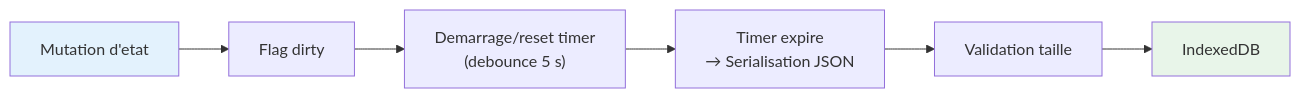
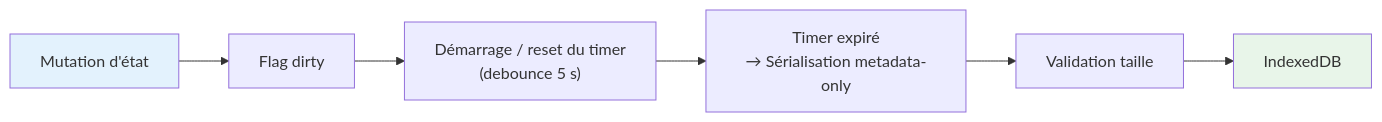
Before and after one commit to AtelierCartographie/khartis-v3: the diagram in docs/GESTION_ETAT.md, drawn with Mermaid. The commit also changed other lines of this file and 362 other files, not shown here.

````diff
--- a/docs/GESTION_ETAT.md
+++ b/docs/GESTION_ETAT.md
@@ -192,11 +218,11 @@
 ```mermaid
 flowchart LR
-    MUT["Mutation d'etat"] --> FLAG["Flag dirty"]
-    --> TIMER["Demarrage/reset timer<br/>(debounce 5 s)"]
-    --> JSON["Timer expire<br/>→ Serialisation JSON"]
+    MUT["Mutation d'état"] --> FLAG["Flag dirty"]
+    --> TIMER["Démarrage / reset du timer<br/>(debounce 5 s)"]
+    --> JSON["Timer expiré<br/>→ Sérialisation metadata-only"]
     --> VAL["Validation taille"]
     --> IDB["IndexedDB"]
 
     style MUT fill:#e3f2fd
     style IDB fill:#e8f5e9
 ```
````
